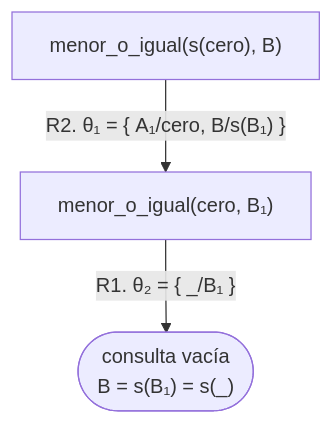
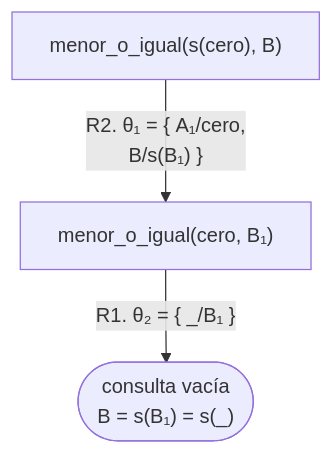
Before and after one commit to CesarBallardini/curso-de-prolog: the seventh of 7 diagrams in docs/capitulo-06-recursion/soluciones.md, drawn with Mermaid. The commit also changed other lines of this file and 24 other files, not shown here.

First line of the commit message:
feat(docs): botones para ocultar las columnas laterales y etiquetas cortas en los diagramas

````diff
--- a/docs/capitulo-06-recursion/soluciones.md
+++ b/docs/capitulo-06-recursion/soluciones.md
@@ -468,5 +468,5 @@
 ```mermaid
 flowchart TD
-    A["menor_o_igual(s(cero), B)"] -- "R2. θ₁ = {&nbsp;A₁/cero, B/s(B₁)&nbsp;}" --> B["menor_o_igual(cero, B₁)"]
+    A["menor_o_igual(s(cero), B)"] -- "R2. θ₁ = {&nbsp;A₁/cero,<br/>B/s(B₁)&nbsp;}" --> B["menor_o_igual(cero, B₁)"]
     B -- "R1. θ₂ = {&nbsp;_/B₁&nbsp;}" --> S(["consulta vacía<br/>B = s(B₁) = s(_)"])
 ```
````
